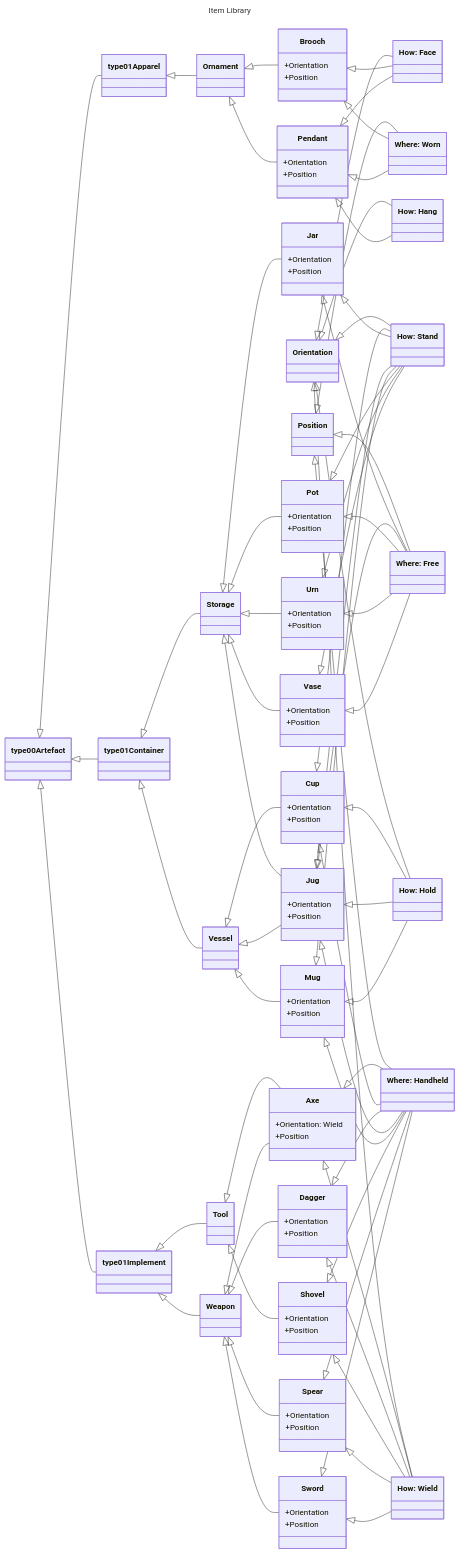
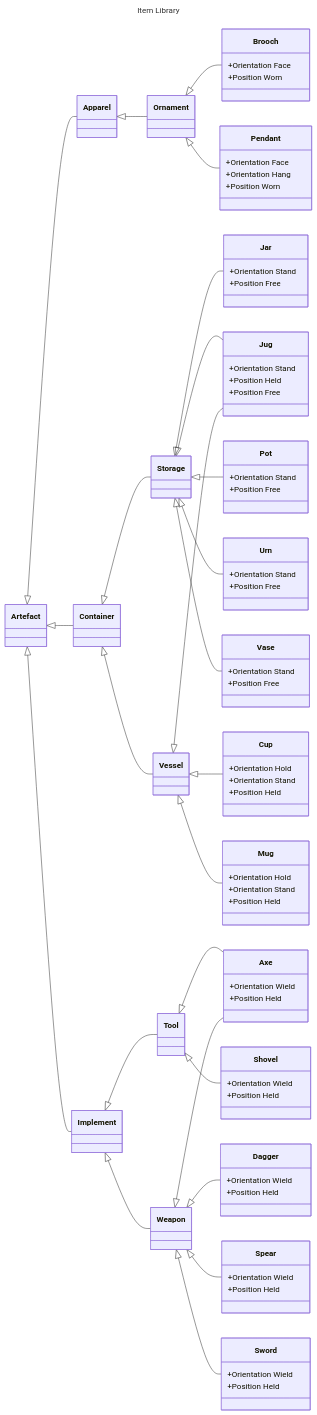
One commit to JasonWarrenUK/Those-Who-Came-Before changed the diagram in docs/itemLibrary.md. Above: the diagram before and after it, drawn with Mermaid. The commit also changed 7 other files, not shown here.

Commit message:
item scratchpad started encoding orientation & position

````diff
--- a/docs/itemLibrary.md
+++ b/docs/itemLibrary.md
@@ -6,37 +6,18 @@
 ---
 classDiagram
 direction LR
-class trait00["Orientation"]
-	trait00 <|-- trait00Face
-	trait00 <|-- trait00Hang
-	trait00 <|-- trait00Hold
-	trait00 <|-- trait00Stand
-	trait00 <|-- trait00Wield
-class trait00Face["How: Face"]
-class trait00Hang["How: Hang"]
-class trait00Hold["How: Hold"]
-class trait00Stand["How: Stand"]
-class trait00Wield["How: Wield"]
 
-class trait01["Position"]
-	trait01 <|-- trait01Free
-	trait01 <|-- trait01Held
-	trait01 <|-- trait01Worn
-class trait01Free["Where: Free"]
-class trait01Held["Where: Handheld"]
-class trait01Worn["Where: Worn"]
-
-class type00Artefact
+class type00Artefact["Artefact"]
 	type00Artefact <|-- type01Apparel
 	type00Artefact <|-- type01Container
 	type00Artefact <|-- type01Implement
 
-class type01Apparel
+class type01Apparel["Apparel"]
 	type01Apparel <|-- type02Ornament
-class type01Container
+class type01Container["Container"]
 	type01Container <|-- type02Store
 	type01Container <|-- type02Vessel
-class type01Implement
+class type01Implement["Implement"]
 	type01Implement <|-- type02Tool
 	type01Implement <|-- type02Weapon
 
@@ -63,92 +44,63 @@
 	type02Weapon <|-- type03Sword
 
 class type03Axe["Axe"]{
-		+Orientation: Wield
-		+Position 
+		+Orientation Wield
+		+Position Held
 }
-	type03Axe <|-- trait00Wield
-	type03Axe <|-- trait01Held
 class type03Brooch["Brooch"]{
-		+Orientation 
-		+Position 
+		+Orientation Face
+		+Position Worn
 }
-	type03Brooch <|-- trait00Face
-	type03Brooch <|-- trait01Worn
 class type03Cup["Cup"]{
-		+Orientation 
-		+Position 
+		+Orientation Hold
+		+Orientation Stand
+		+Position Held
 }
-	type03Cup <|-- trait00Hold
-	type03Cup <|-- trait00Stand
-	type03Cup <|-- trait01Held
 class type03Dagger["Dagger"]{
-		+Orientation 
-		+Position 
+		+Orientation Wield
+		+Position Held
 }
-	type03Dagger <|-- trait00Wield
-	type03Dagger <|-- trait01Held
 class type03Jar["Jar"]{
-		+Orientation 
-		+Position 
+		+Orientation Stand
+		+Position Free
 }
-	type03Jar <|-- trait00Stand
-	type03Jar <|-- trait01Free
 class type03Jug["Jug"]{
-		+Orientation 
-		+Position 
+		+Orientation Stand
+		+Position Held
+		+Position Free
 }
-	type03Jug <|-- trait00Hold
-	type03Jug <|-- trait00Stand
-	type03Jug <|-- trait01Free
-	type03Jug <|-- trait01Held
 class type03Mug["Mug"]{
-		+Orientation 
-		+Position 
+		+Orientation Hold
+		+Orientation Stand
+		+Position Held
 }
-	type03Mug <|-- trait00Hold
-	type03Mug <|-- trait00Stand
-	type03Mug <|-- trait01Held
 class type03Pendant["Pendant"]{
-		+Orientation 
-		+Position 
+		+Orientation Face
+		+Orientation Hang
+		+Position Worn
 }
-	type03Pendant <|-- trait00Face
-	type03Pendant <|-- trait00Hang
-	type03Pendant <|-- trait01Worn
 class type03Pot["Pot"]{
-		+Orientation 
-		+Position 
+		+Orientation Stand
+		+Position Free
 }
-	type03Pot <|-- trait00Stand
-	type03Pot <|-- trait01Free
 class type03Shovel["Shovel"]{
-		+Orientation 
-		+Position 
+		+Orientation Wield
+		+Position Held
 }
-	type03Shovel <|-- trait00Wield
-	type03Shovel <|-- trait01Held
 class type03Spear["Spear"]{
-		+Orientation 
-		+Position 
+		+Orientation Wield
+		+Position Held
 }
-	type03Spear <|-- trait00Wield
-	type03Spear <|-- trait01Held
 class type03Sword["Sword"]{
-		+Orientation 
-		+Position 
+		+Orientation Wield
+		+Position Held
 }
-	type03Sword <|-- trait00Wield
-	type03Sword <|-- trait01Held
 class type03Urn["Urn"]{
-		+Orientation 
-		+Position 
+		+Orientation Stand
+		+Position Free
 }
-	type03Urn <|-- trait00Stand
-	type03Urn <|-- trait01Free
 class type03Vase["Vase"]{
-		+Orientation 
-		+Position 
+		+Orientation Stand
+		+Position Free
 }
-	type03Vase <|-- trait00Stand
-	type03Vase <|-- trait01Free
 ```
````
